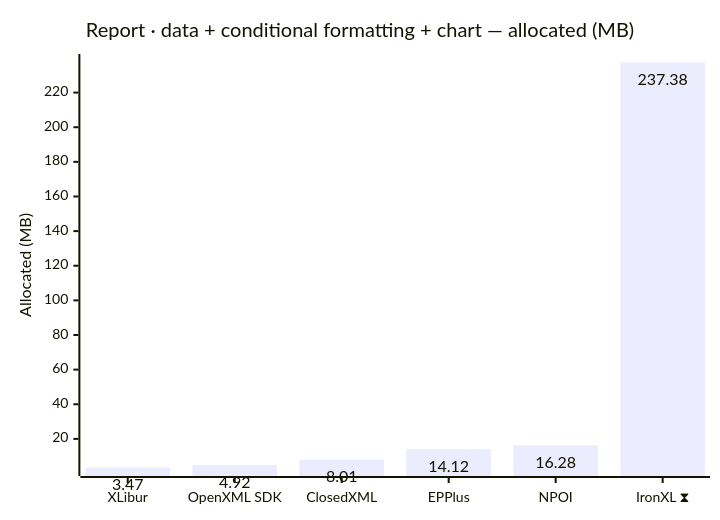
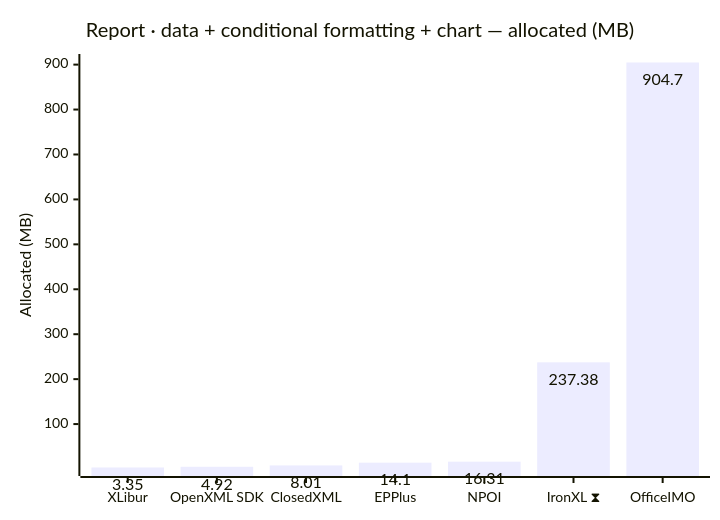
The eighth of 12 diagrams in docs/results-ci.md (jafin/XLBench), drawn with Mermaid before and after one commit. The commit also changed other lines of this file, not shown here.

````diff
--- a/docs/results-ci.md
+++ b/docs/results-ci.md
@@ -132,12 +134,12 @@
 ```mermaid
 ---
 config:
   xyChart:
     showDataLabel: true
 ---
 xychart-beta
     title "Report · data + conditional formatting + chart — allocated (MB)"
-    x-axis ["XLibur", "OpenXML SDK", "ClosedXML", "EPPlus", "NPOI", "IronXL ⧗"]
+    x-axis ["XLibur", "OpenXML SDK", "ClosedXML", "EPPlus", "NPOI", "IronXL ⧗", "OfficeIMO"]
     y-axis "Allocated (MB)"
-    bar [3.47, 4.92, 8.01, 14.12, 16.28, 237.38]
+    bar [3.35, 4.92, 8.01, 14.1, 16.31, 237.38, 904.7]
 ```
````
